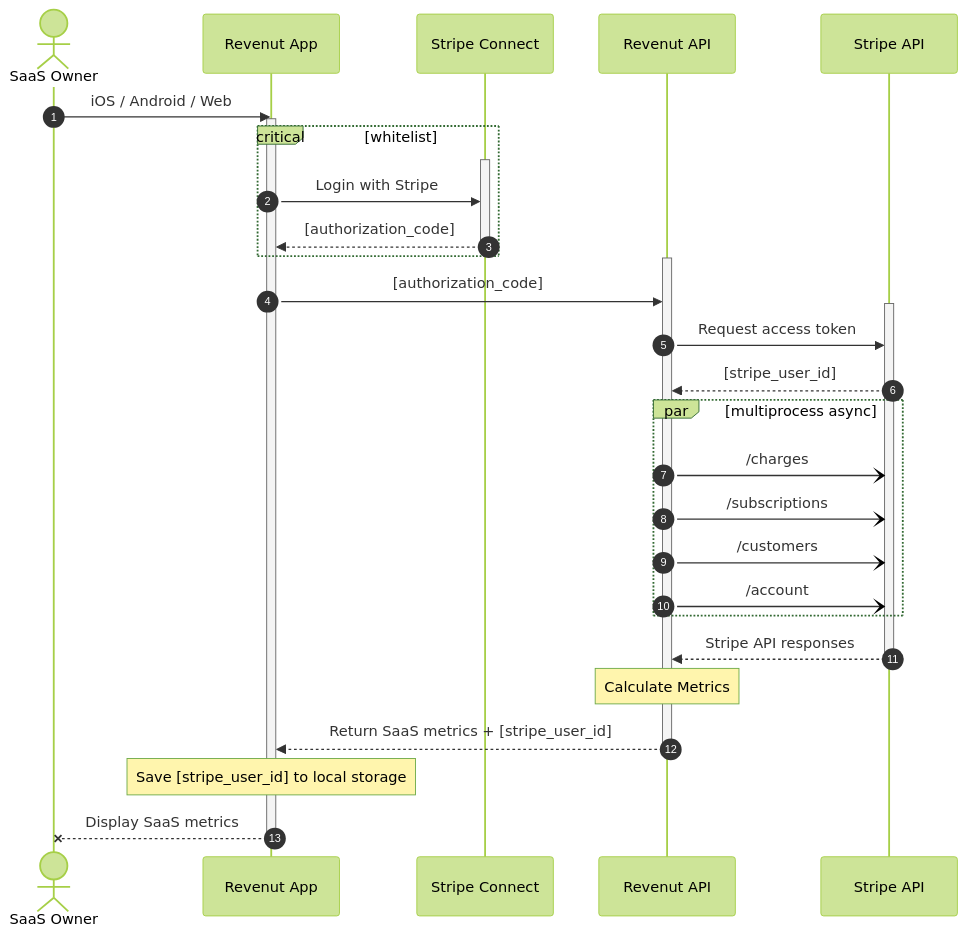
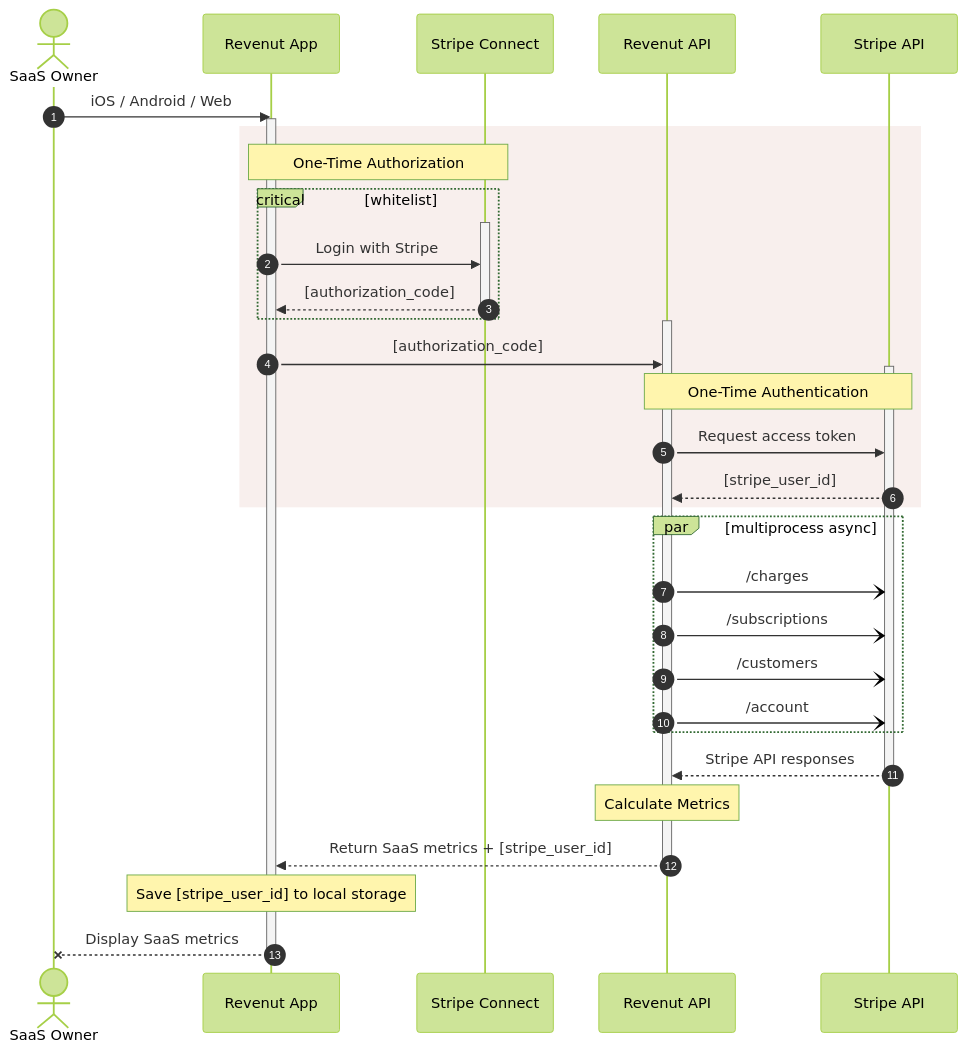
One commit to hbcondo/revenut-app changed the diagram in README.md. Above: the diagram before and after it, drawn with Mermaid (forest theme).

Commit message:
added bg color and AuthN / AuthZ notes

````diff
--- a/README.md
+++ b/README.md
@@ -58,32 +58,36 @@
 ```mermaid
 sequenceDiagram
     autonumber
     actor SaaS Owner
     SaaS Owner->>Revenut App: iOS / Android / Web
     activate Revenut App
-    critical whitelist
-    activate Stripe Connect
-    Revenut App->>Stripe Connect: Login with Stripe
-    Stripe Connect-->>Revenut App: [authorization_code]
-    deactivate Stripe Connect
+    rect rgb(248, 239, 237)
+      Note over Revenut App,Stripe Connect: One-Time Authorization
+      critical whitelist
+      activate Stripe Connect
+      Revenut App->>Stripe Connect: Login with Stripe
+      Stripe Connect-->>Revenut App: [authorization_code]
+      deactivate Stripe Connect
     end
     activate Revenut API
     Revenut App->>Revenut API: [authorization_code]
     activate Stripe API
+    Note over Revenut API, Stripe API: One-Time Authentication
     Revenut API->>Stripe API: Request access token
     Stripe API-->>Revenut API: [stripe_user_id]
+    end
     par multiprocess async
       Revenut API-)Stripe API: /charges
       Revenut API-)Stripe API: /subscriptions
       Revenut API-)Stripe API: /customers
       Revenut API-)Stripe API: /account
     end
     Stripe API-->>Revenut API: Stripe API responses
     deactivate Stripe API
     Note over Revenut API: Calculate Metrics 
     Revenut API-->>Revenut App: Return SaaS metrics + [stripe_user_id]
     deactivate Revenut API
     Note over Revenut App: Save [stripe_user_id] to local storage
     Revenut App--xSaaS Owner: Display SaaS metrics
     deactivate Revenut App
 ```
````
